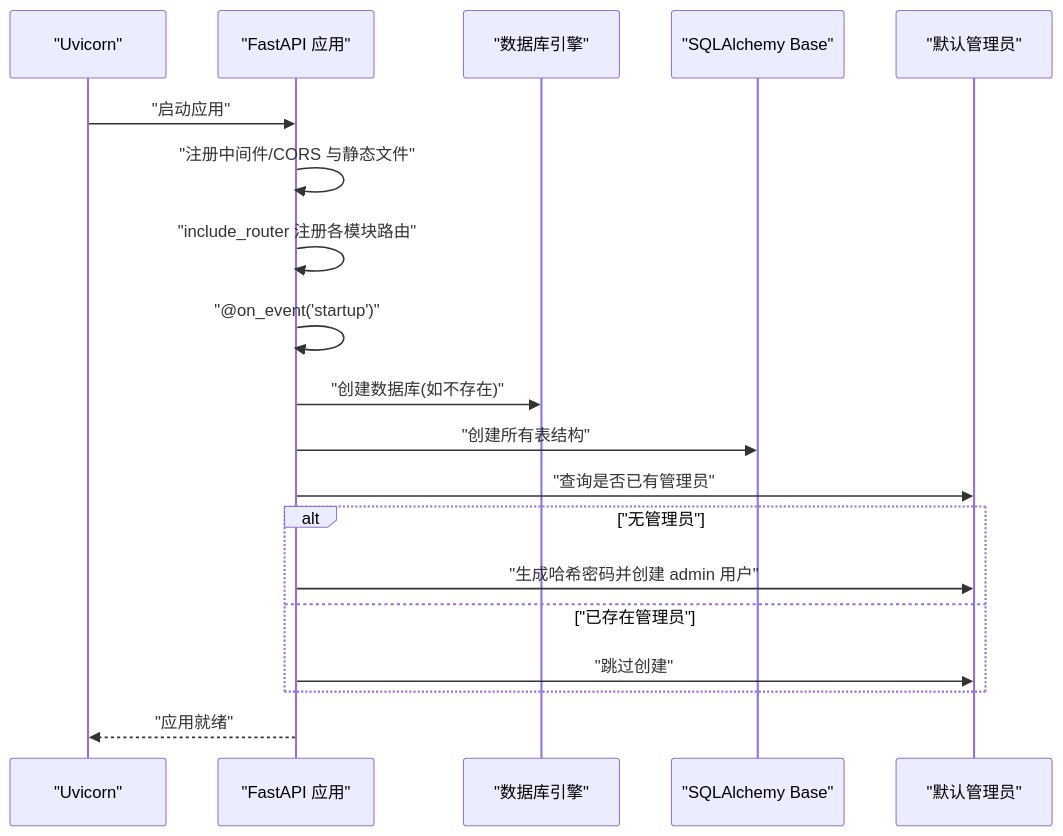
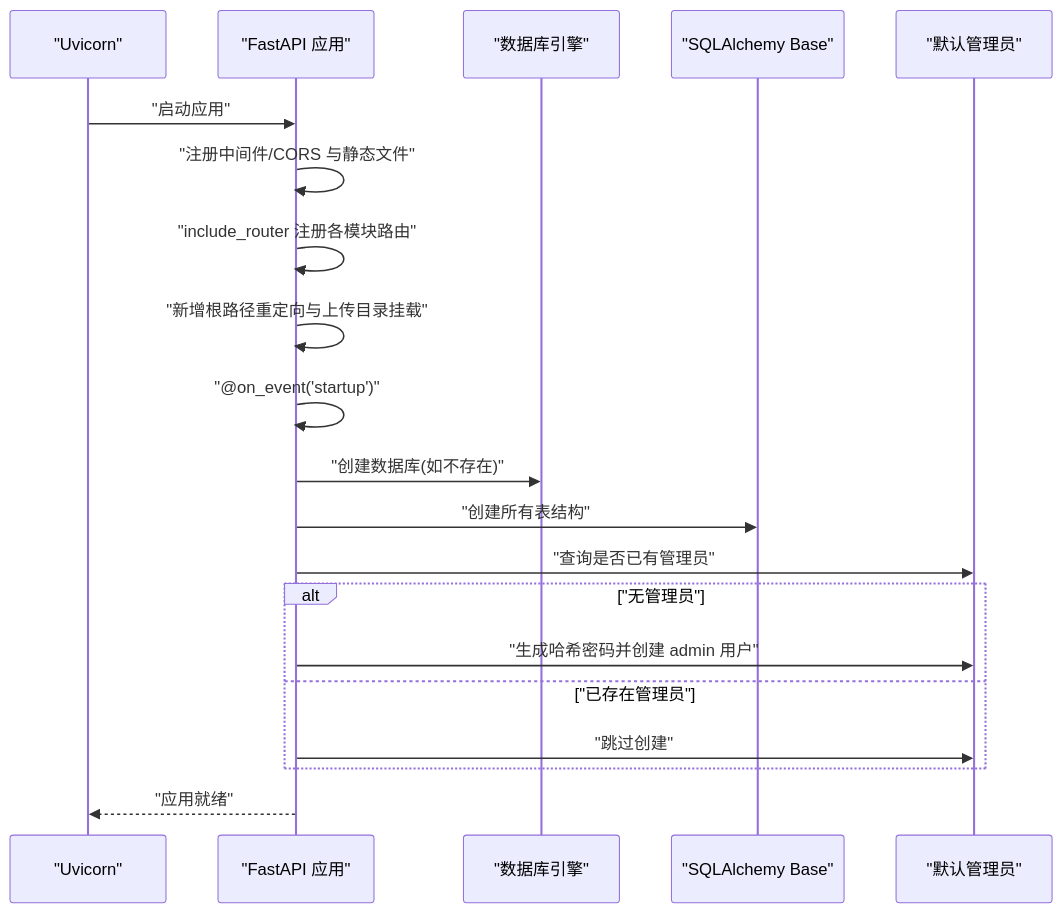
Before and after one commit to pcb0y/plctodb: the third of 7 diagrams in .qoder/repowiki/zh/content/后端开发/FastAPI应用结构.md, drawn with Mermaid. The commit also changed other lines of this file and 9 other files, not shown here.

````diff
--- a/.qoder/repowiki/zh/content/后端开发/FastAPI应用结构.md
+++ b/.qoder/repowiki/zh/content/后端开发/FastAPI应用结构.md
@@ -221,21 +245,22 @@
 ```mermaid
 sequenceDiagram
 participant Uvicorn as "Uvicorn"
 participant App as "FastAPI 应用"
 participant DB as "数据库引擎"
 participant ORM as "SQLAlchemy Base"
 participant User as "默认管理员"
 Uvicorn->>App : "启动应用"
 App->>App : "注册中间件/CORS 与静态文件"
 App->>App : "include_router 注册各模块路由"
+App->>App : "新增根路径重定向与上传目录挂载"
 App->>App : "@on_event('startup')"
 App->>DB : "创建数据库(如不存在)"
 App->>ORM : "创建所有表结构"
 App->>User : "查询是否已有管理员"
 alt "无管理员"
 App->>User : "生成哈希密码并创建 admin 用户"
 else "已存在管理员"
 App->>User : "跳过创建"
 end
 App-->>Uvicorn : "应用就绪"
 ```
````
